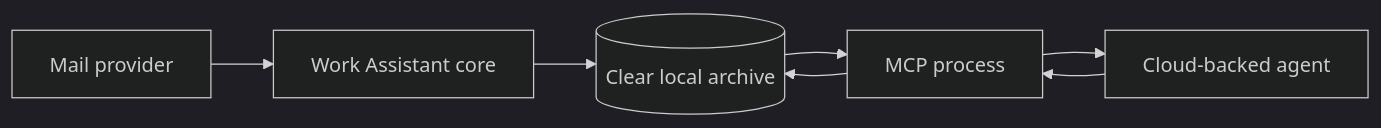
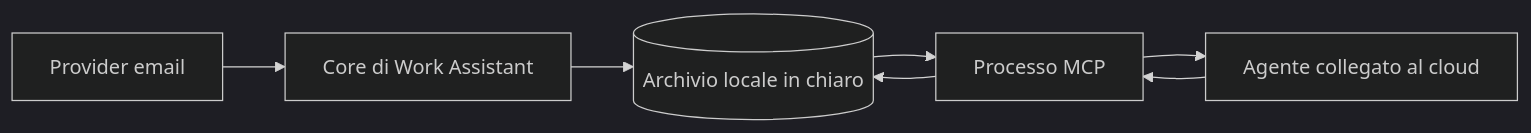
One commit to Wulfgardr/work-assistant changed the diagram in docs/security/pseudonymization/diagrams/agent-privacy-boundary-before.mmd. Above: the diagram before and after it, drawn with Mermaid (dark theme). The commit also changed 38 other files, not shown here.

First line of the commit message:
feat: prepara Work Assistant per la pubblicazione

```diff
--- a/docs/security/pseudonymization/diagrams/agent-privacy-boundary-before.mmd
+++ b/docs/security/pseudonymization/diagrams/agent-privacy-boundary-before.mmd
@@ -1,7 +1,7 @@
 flowchart LR
-  Provider[Mail provider] --> Core[Work Assistant core]
-  Core --> Archive[(Clear local archive)]
-  Archive --> MCP[MCP process]
-  MCP --> Agent[Cloud-backed agent]
-  Agent --> MCP
-  MCP --> Archive
+  Provider[Provider email] --> Core[Core di Work Assistant]
+  Core --> Archivio[(Archivio locale in chiaro)]
+  Archivio --> MCP[Processo MCP]
+  MCP --> Agente[Agente collegato al cloud]
+  Agente --> MCP
+  MCP --> Archivio
```
